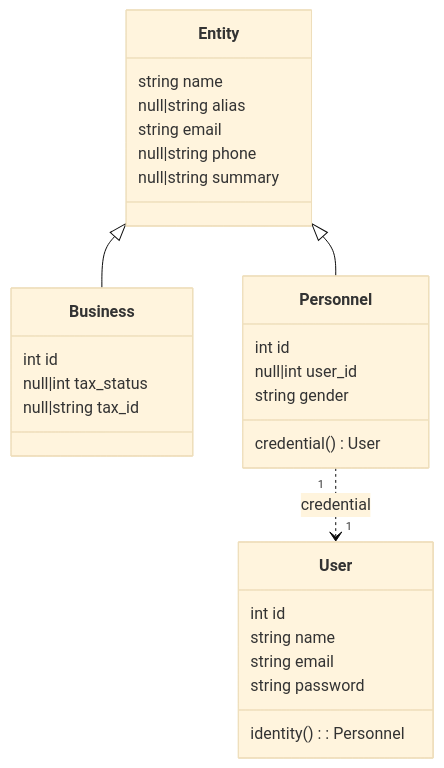
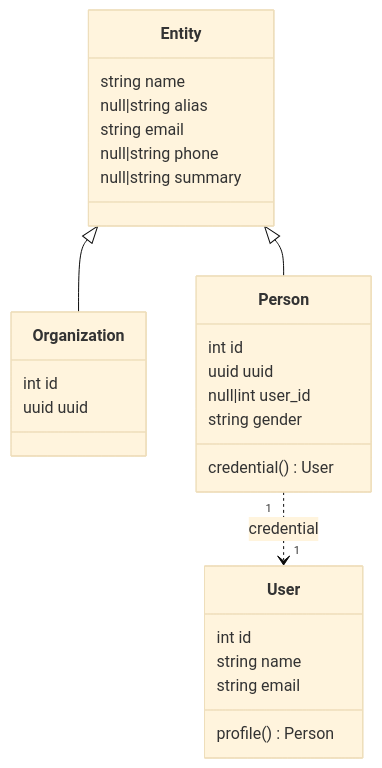
Before and after one commit to creasico/laravel-base: the second of 7 diagrams in database/README.md, drawn with Mermaid (base theme). The commit also changed other lines of this file and 98 other files, not shown here.

````diff
--- a/database/README.md
+++ b/database/README.md
@@ -126,32 +122,31 @@
 ```mermaid
 classDiagram
-    Entity <|-- Business
-    Entity <|-- Personnel
-    Personnel "1" ..> "1" User : credential
+    Entity <|-- Organization
+    Entity <|-- Person
+    Person "1" ..> "1" User : credential
 
     class Entity {
         string name
         null|string alias
         string email
         null|string phone
         null|string summary
     }
-    class Business~Entity~ {
+    class Organization~Entity~ {
         int id
-        null|int tax_status
-        null|string tax_id
+        uuid uuid
     }
-    class Personnel~Entity~ {
+    class Person~Entity~ {
         int id
+        uuid uuid
         null|int user_id
         string gender
         credential() User
     }
     class User {
         int id
         string name
         string email
-        string password
-        identity(): Personnel
+        profile() Person
     }
 ```
````
